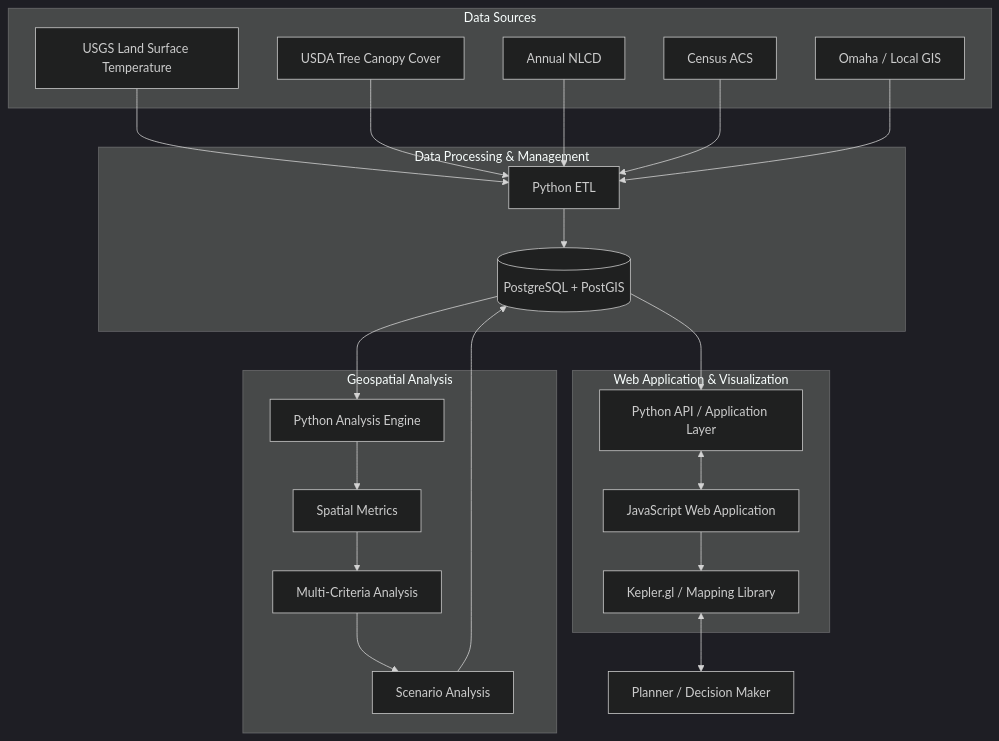
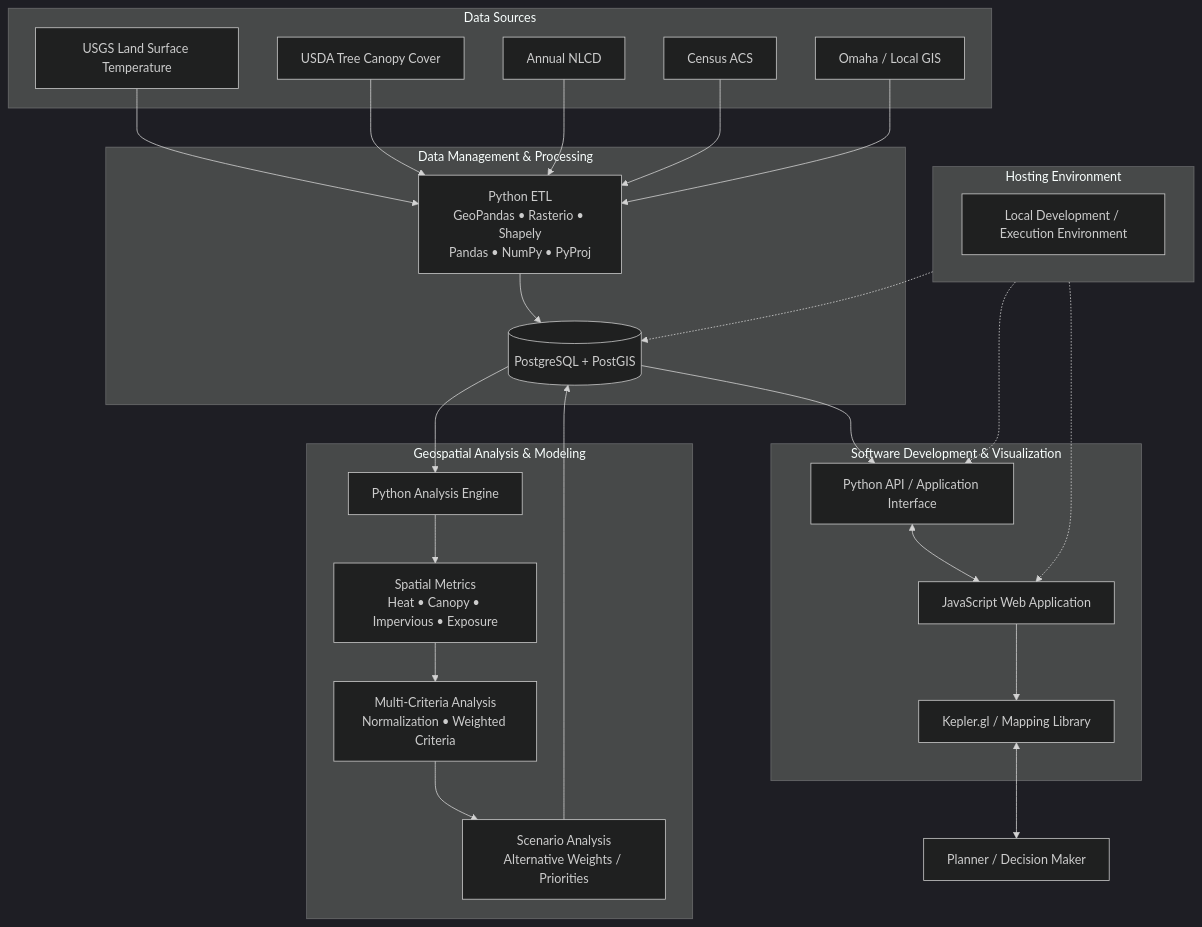
The diagram in docs/architecture.mmd (dvanosdall/GEOG_778), drawn with Mermaid (dark theme) before and after one commit. The commit also changed 2 other files, not shown here.

```diff
--- a/docs/architecture.mmd
+++ b/docs/architecture.mmd
@@ -1,54 +1,64 @@
 flowchart TD
 
     %% Data Sources
     subgraph DATA["Data Sources"]
         LST["USGS Land Surface Temperature"]
         CANOPY["USDA Tree Canopy Cover"]
         NLCD["Annual NLCD"]
         ACS["Census ACS"]
         OMAHA["Omaha / Local GIS"]
     end
 
-    %% Processing
-    subgraph PROCESS["Data Processing & Management"]
-        ETL["Python ETL"]
+    %% Data Processing & Management
+    subgraph PROCESS["Data Management & Processing"]
+        ETL["Python ETL<br/>GeoPandas • Rasterio • Shapely<br/>Pandas • NumPy • PyProj"]
         DB[("PostgreSQL + PostGIS")]
     end
 
     %% Analysis
-    subgraph ANALYSIS["Geospatial Analysis"]
+    subgraph ANALYSIS["Geospatial Analysis & Modeling"]
         ENGINE["Python Analysis Engine"]
-        METRICS["Spatial Metrics"]
-        MCDA["Multi-Criteria Analysis"]
-        SCENARIO["Scenario Analysis"]
+        METRICS["Spatial Metrics<br/>Heat • Canopy • Impervious • Exposure"]
+        MCDA["Multi-Criteria Analysis<br/>Normalization • Weighted Criteria"]
+        SCENARIO["Scenario Analysis<br/>Alternative Weights / Priorities"]
     end
 
     %% Application
-    subgraph APP["Web Application & Visualization"]
-        API["Python API / Application Layer"]
+    subgraph APP["Software Development & Visualization"]
+        API["Python API / Application Interface"]
         JS["JavaScript Web Application"]
         KEPLER["Kepler.gl / Mapping Library"]
+    end
+
+    %% Hosting
+    subgraph HOST["Hosting Environment"]
+        LOCAL["Local Development / Execution Environment"]
     end
 
     %% User
     USER["Planner / Decision Maker"]
 
     %% Data Flow
     LST --> ETL
     CANOPY --> ETL
     NLCD --> ETL
     ACS --> ETL
     OMAHA --> ETL
 
     ETL --> DB
     DB --> ENGINE
     ENGINE --> METRICS
     METRICS --> MCDA
     MCDA --> SCENARIO
     SCENARIO --> DB
 
     %% Application Flow
     DB --> API
     API <--> JS
     JS --> KEPLER
     KEPLER <--> USER
+
+    %% Environment
+    HOST -.-> DB
+    HOST -.-> API
+    HOST -.-> JS
```
